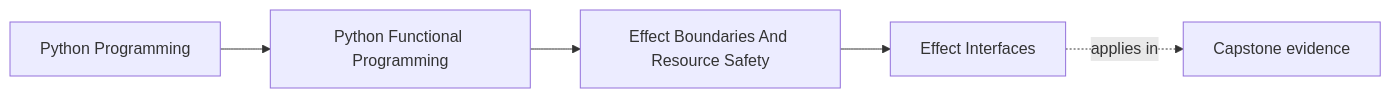
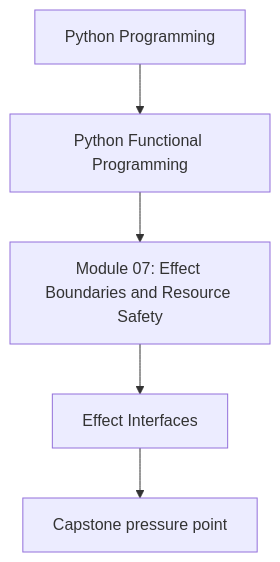
Before and after one commit to bijux/bijux-masterclass: the first of 2 diagrams in programs/python-programming/python-functional-programming/course-book/module-07-effect-boundaries-and-resource-safety/effect-interfaces.md, drawn with Mermaid. The commit also changed other lines of this file and 118 other files, not shown here.

Commit message:
docs(python-functional-programming): align concept page diagrams

````diff
--- a/programs/python-programming/python-functional-programming/course-book/module-07-effect-boundaries-and-resource-safety/effect-interfaces.md
+++ b/programs/python-programming/python-functional-programming/course-book/module-07-effect-boundaries-and-resource-safety/effect-interfaces.md
@@ -7,11 +7,7 @@
 ```mermaid
-graph LR
-  family["Python Programming"]
-  program["Python Functional Programming"]
-  section["Effect Boundaries And Resource Safety"]
-  page["Effect Interfaces"]
-  capstone["Capstone evidence"]
-
-  family --> program --> section --> page
-  page -.applies in.-> capstone
+flowchart TD
+  family["Python Programming"] --> program["Python Functional Programming"]
+  program --> module["Module 07: Effect Boundaries and Resource Safety"]
+  module --> concept["Effect Interfaces"]
+  concept --> capstone["Capstone pressure point"]
 ```
````
